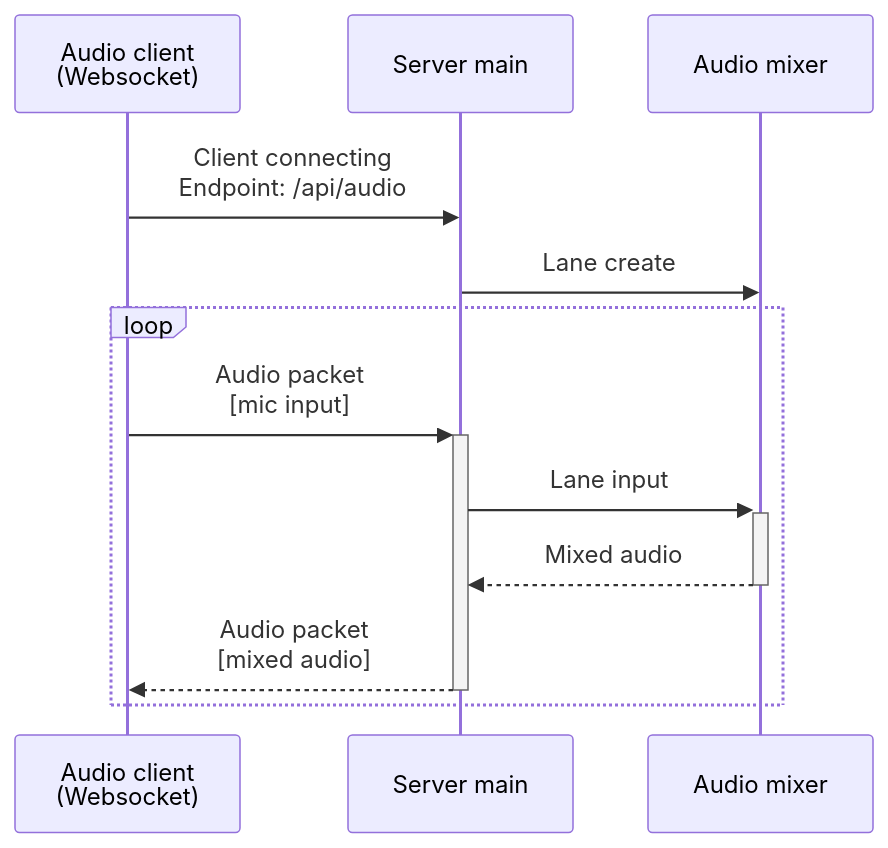
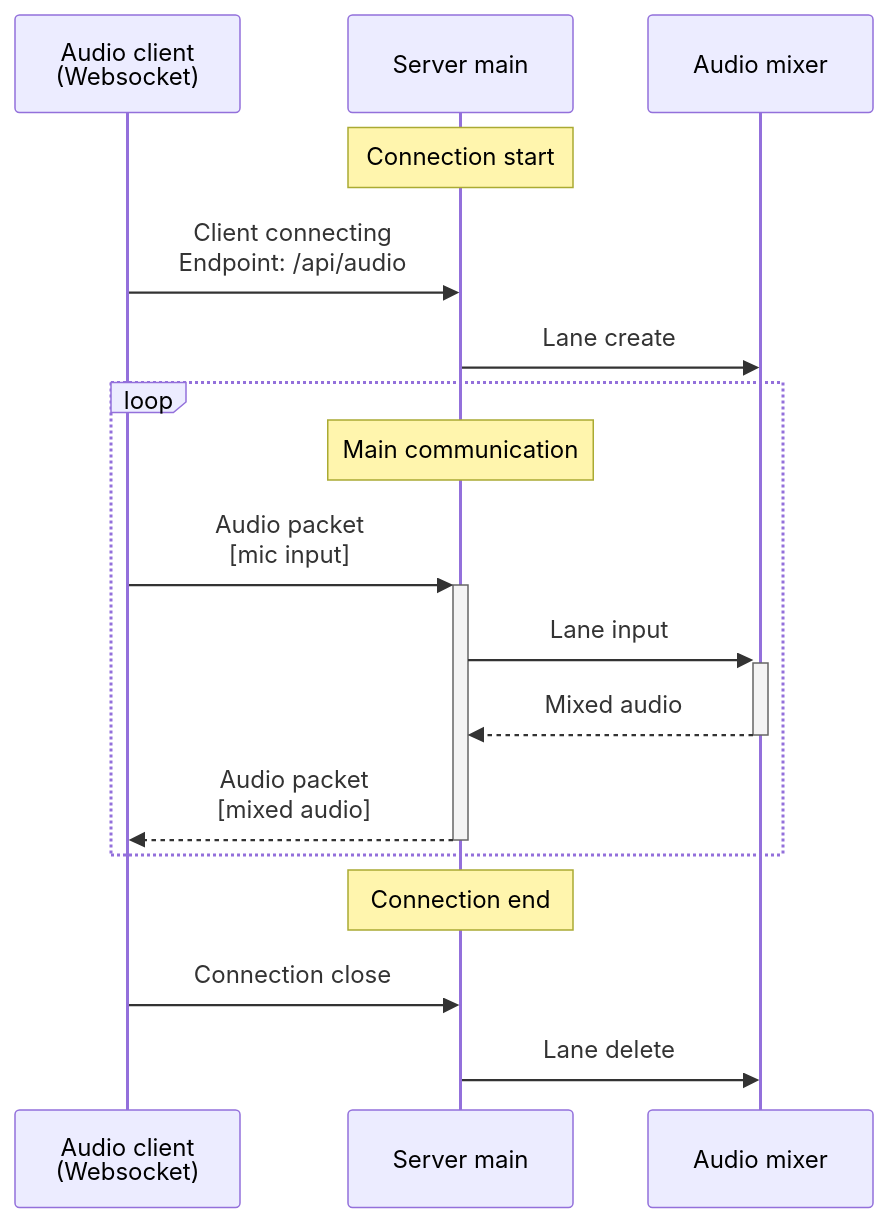
One commit to aKuad/web-intercom changed the first of 2 diagrams in designs/server-sequence.md. Above: the diagram before and after it, drawn with Mermaid. The commit also changed other lines of this file, not shown here.

Commit message:
Mod: Connection phase note added

````diff
--- a/designs/server-sequence.md
+++ b/designs/server-sequence.md
@@ -5,16 +5,22 @@
 ```mermaid
 sequenceDiagram
   participant WSA as Audio client<br>(Websocket)
   participant S as Server main
   participant AM as Audio mixer
 
+  Note over S: Connection start
   WSA->>S: Client connecting<br>Endpoint: /api/audio
   S->>AM: Lane create
 
   loop
+    Note over S: Main communication
     WSA->>+S: Audio packet<br>[mic input]
     S->>+AM: Lane input
     AM-->>-S: Mixed audio
     S-->>-WSA: Audio packet<br>[mixed audio]
   end
+
+  Note over S: Connection end
+  WSA->>S: Connection close
+  S->>AM: Lane delete
 ```
````
